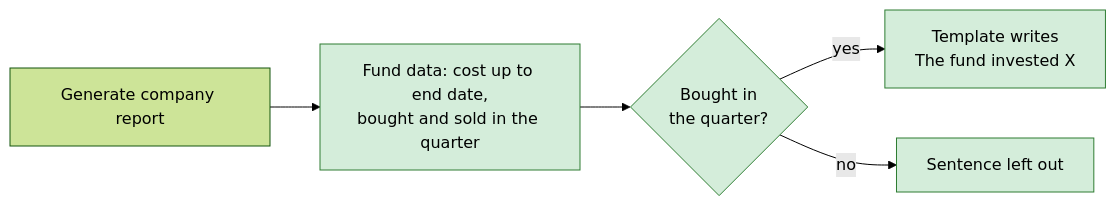
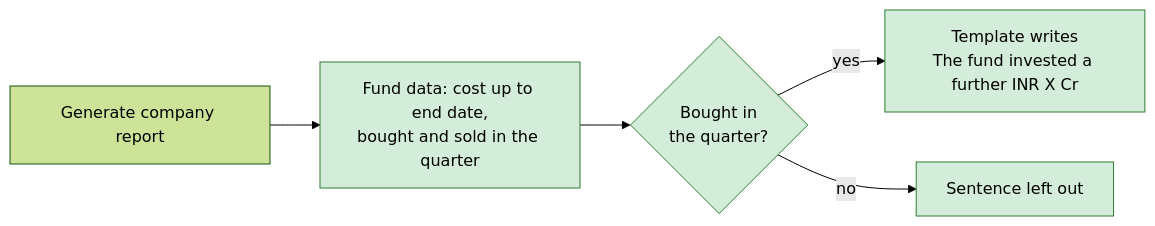
The second of 7 diagrams in openspec/changes/portfolio-report-quarter-activity-and-change-sign/proposal.md (sampadadiwan/IRM_CompanyMain), drawn with Mermaid (forest theme) before and after one commit. The commit also changed other lines of this file and 22 other files, not shown here.

````diff
--- a/openspec/changes/portfolio-report-quarter-activity-and-change-sign/proposal.md
+++ b/openspec/changes/portfolio-report-quarter-activity-and-change-sign/proposal.md
@@ -39,9 +39,9 @@
 ```mermaid
 flowchart LR
     A["Generate company report"] --> B["Fund data: cost up to end date,<br/>bought and sold in the quarter"]
     B --> C{"Bought in<br/>the quarter?"}
-    C -- "yes" --> D["Template writes<br/>The fund invested X"]
+    C -- "yes" --> D["Template writes<br/>The fund invested a further INR X Cr"]
     C -- "no" --> E["Sentence left out"]
     classDef new fill:#d4edda,stroke:#2e7d32,color:#000
     class B,C,D,E new
 ```
````
